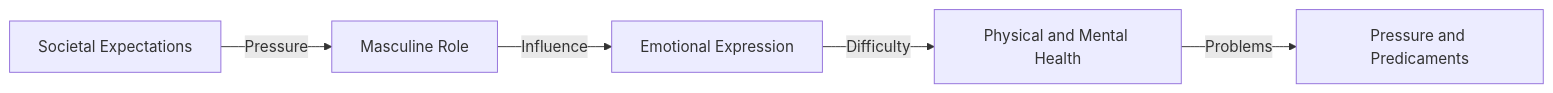
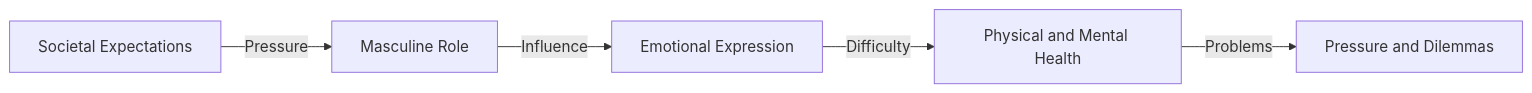
Before and after one commit to a920604a/engineernews: the diagram in src/content/posts/learning/2026-04-30-100.en.md, drawn with Mermaid. The commit also changed other lines of this file and 49 other files, not shown here.

````diff
--- a/src/content/posts/learning/2026-04-30-100.en.md
+++ b/src/content/posts/learning/2026-04-30-100.en.md
@@ -36,7 +29,7 @@
 ```mermaid
 graph LR
     A[Societal Expectations] -->|"Pressure"| B[Masculine Role]
     B -->|"Influence"| C[Emotional Expression]
     C -->|"Difficulty"| D[Physical and Mental Health]
-    D -->|"Problems"| E[Pressure and Predicaments]
+    D -->|"Problems"| E[Pressure and Dilemmas]
 ```
````
